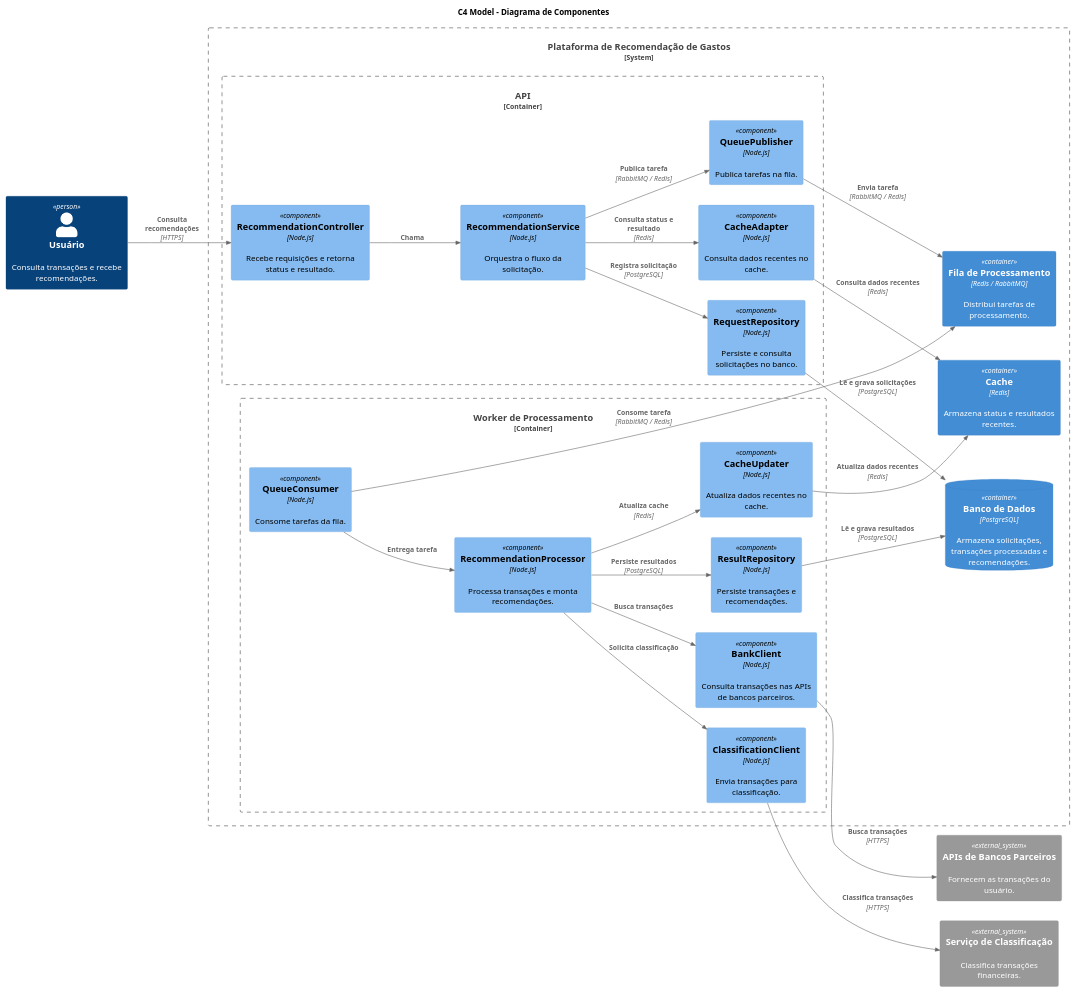
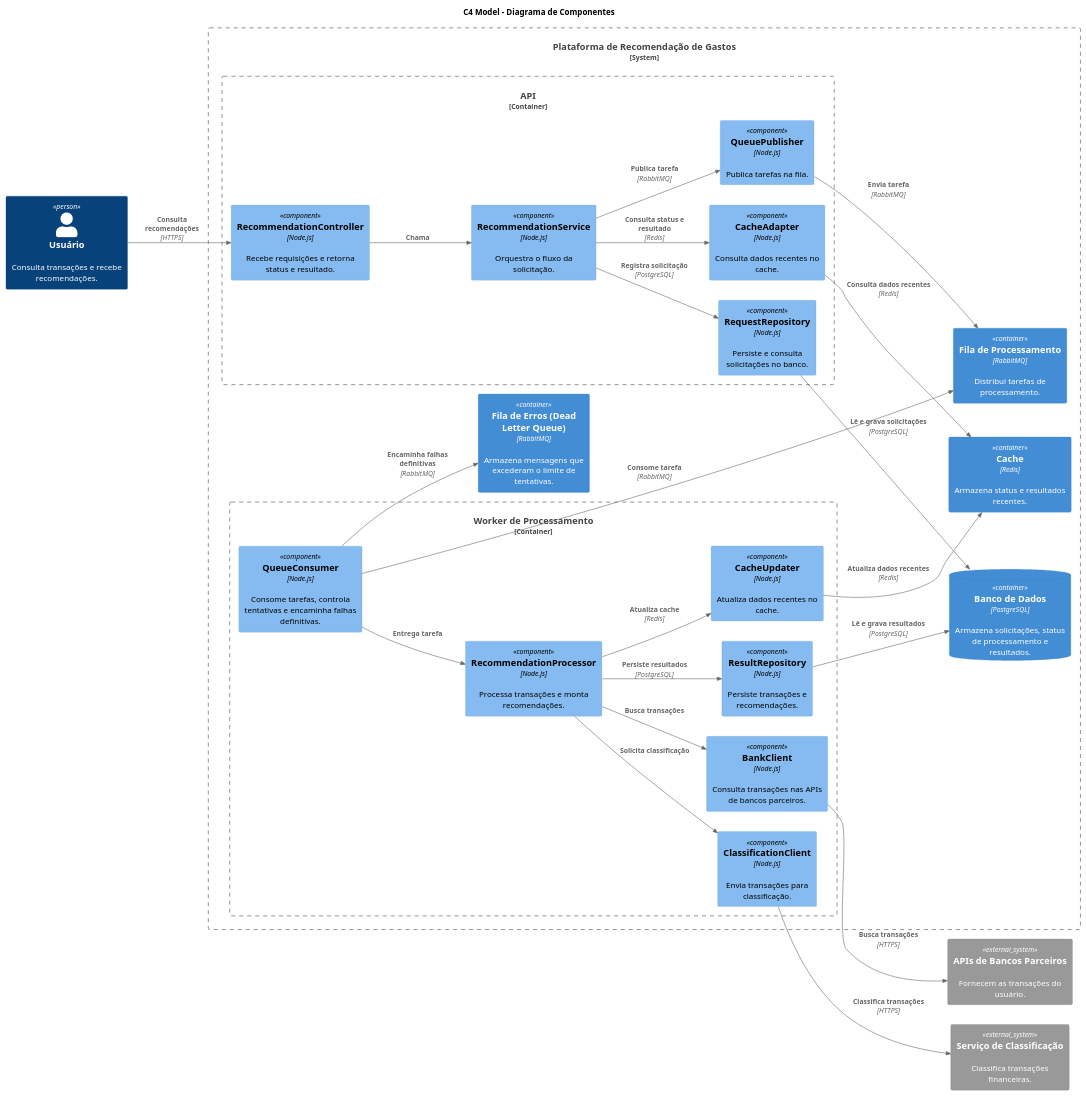
One commit to nelsera/idwall-desafio-arquitetura changed the diagram in 2__diagramas/2.3__c4-componentes.puml. Above: the diagram before and after it, drawn with PlantUML. The commit also changed 12 other files, not shown here.

Commit message:
feat(worker): adiciona retry controlado e envio para fila de erros no processamento de recomendações

```diff
--- a/2__diagramas/2.3__c4-componentes.puml
+++ b/2__diagramas/2.3__c4-componentes.puml
@@ -1,66 +1,68 @@
 @startuml c4-componentes
 !includeurl https://raw.githubusercontent.com/plantuml-stdlib/C4-PlantUML/master/C4_Component.puml
 
 LAYOUT_LEFT_RIGHT()
 
 title C4 Model - Diagrama de Componentes
 
 ' Atores
 Person(usuario, "Usuário", "Consulta transações e recebe recomendações.")
 
 ' Sistemas externos
 System_Ext(bancos, "APIs de Bancos Parceiros", "Fornecem as transações do usuário.")
 System_Ext(ml, "Serviço de Classificação", "Classifica transações financeiras.")
 
 ' Containers e componentes
 System_Boundary(sistema, "Plataforma de Recomendação de Gastos") {
 
   Container_Boundary(api_container, "API") {
     Component(controller, "RecommendationController", "Node.js", "Recebe requisições e retorna status e resultado.")
     Component(service, "RecommendationService", "Node.js", "Orquestra o fluxo da solicitação.")
     Component(repository, "RequestRepository", "Node.js", "Persiste e consulta solicitações no banco.")
     Component(cache_adapter, "CacheAdapter", "Node.js", "Consulta dados recentes no cache.")
     Component(queue_publisher, "QueuePublisher", "Node.js", "Publica tarefas na fila.")
   }
 
   Container_Boundary(worker_container, "Worker de Processamento") {
-    Component(queue_consumer, "QueueConsumer", "Node.js", "Consome tarefas da fila.")
+    Component(queue_consumer, "QueueConsumer", "Node.js", "Consome tarefas, controla tentativas e encaminha falhas definitivas.")
     Component(processor, "RecommendationProcessor", "Node.js", "Processa transações e monta recomendações.")
     Component(bank_client, "BankClient", "Node.js", "Consulta transações nas APIs de bancos parceiros.")
     Component(classification_client, "ClassificationClient", "Node.js", "Envia transações para classificação.")
     Component(result_repository, "ResultRepository", "Node.js", "Persiste transações e recomendações.")
     Component(cache_updater, "CacheUpdater", "Node.js", "Atualiza dados recentes no cache.")
   }
 
-  ContainerDb(db, "Banco de Dados", "PostgreSQL", "Armazena solicitações, transações processadas e recomendações.")
-  Container(fila, "Fila de Processamento", "Redis / RabbitMQ", "Distribui tarefas de processamento.")
+  ContainerDb(db, "Banco de Dados", "PostgreSQL", "Armazena solicitações, status de processamento e resultados.")
+  Container(fila, "Fila de Processamento", "RabbitMQ", "Distribui tarefas de processamento.")
+  Container(dlq, "Fila de Erros (Dead Letter Queue)", "RabbitMQ", "Armazena mensagens que excederam o limite de tentativas.")
   Container(cache, "Cache", "Redis", "Armazena status e resultados recentes.")
 }
 
 ' Relacionamentos
 Rel(usuario, controller, "Consulta recomendações", "HTTPS")
 
 Rel(controller, service, "Chama")
 Rel(service, repository, "Registra solicitação", "PostgreSQL")
 Rel(service, cache_adapter, "Consulta status e resultado", "Redis")
-Rel(service, queue_publisher, "Publica tarefa", "RabbitMQ / Redis")
+Rel(service, queue_publisher, "Publica tarefa", "RabbitMQ")
 
-Rel(queue_publisher, fila, "Envia tarefa", "RabbitMQ / Redis")
-Rel(queue_consumer, fila, "Consome tarefa", "RabbitMQ / Redis")
+Rel(queue_publisher, fila, "Envia tarefa", "RabbitMQ")
+Rel(queue_consumer, fila, "Consome tarefa", "RabbitMQ")
+Rel(queue_consumer, dlq, "Encaminha falhas definitivas", "RabbitMQ")
 Rel(queue_consumer, processor, "Entrega tarefa")
 
 Rel(processor, bank_client, "Busca transações")
 Rel(bank_client, bancos, "Busca transações", "HTTPS")
 
 Rel(processor, classification_client, "Solicita classificação")
 Rel(classification_client, ml, "Classifica transações", "HTTPS")
 
 Rel(processor, result_repository, "Persiste resultados", "PostgreSQL")
 Rel(processor, cache_updater, "Atualiza cache", "Redis")
 
 Rel(repository, db, "Lê e grava solicitações", "PostgreSQL")
 Rel(result_repository, db, "Lê e grava resultados", "PostgreSQL")
 Rel(cache_adapter, cache, "Consulta dados recentes", "Redis")
 Rel(cache_updater, cache, "Atualiza dados recentes", "Redis")
 
 @enduml
```
